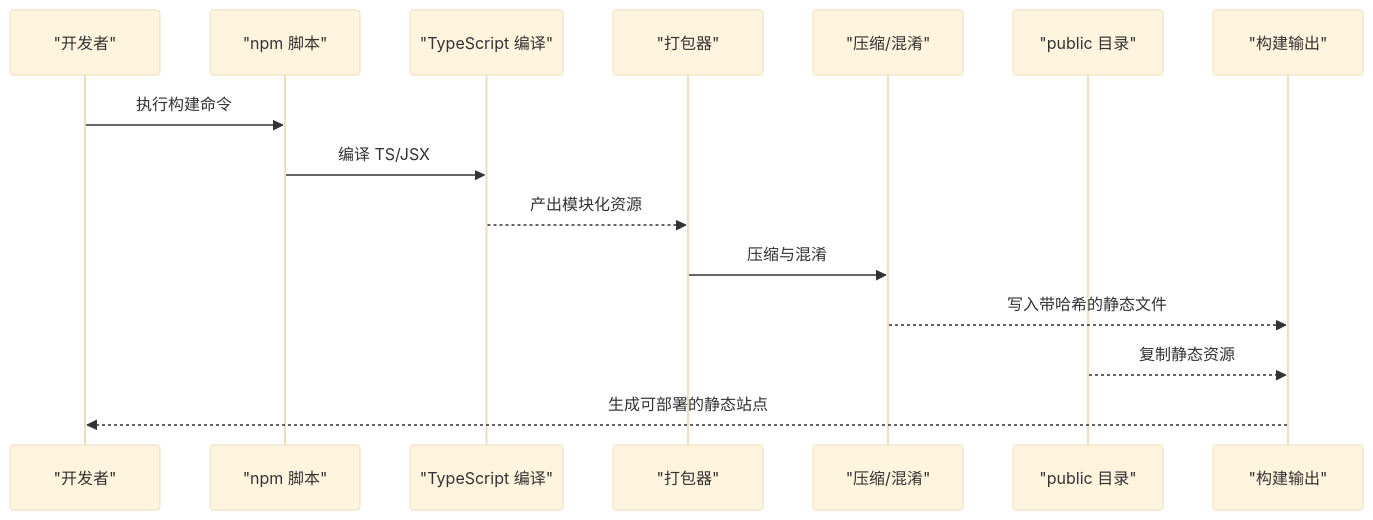
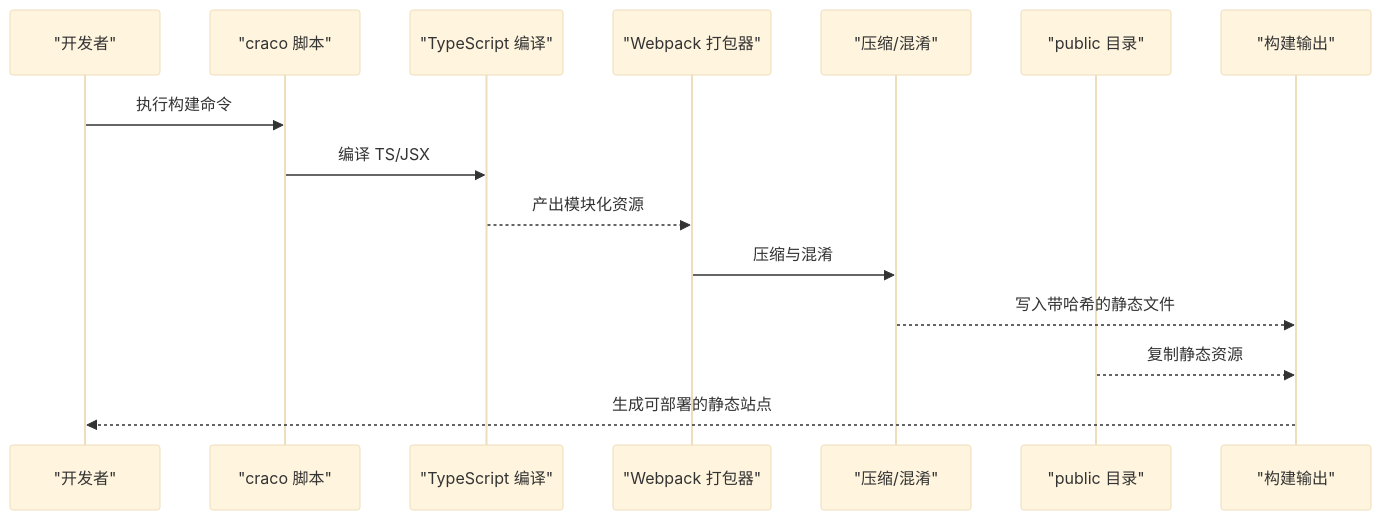
Before and after one commit to kkxxll/reactNext: the third of 4 diagrams in .qoder/repowiki/zh/content/构建与部署.md, drawn with Mermaid (base theme). The commit also changed other lines of this file and 12 other files, not shown here.

````diff
--- a/.qoder/repowiki/zh/content/构建与部署.md
+++ b/.qoder/repowiki/zh/content/构建与部署.md
@@ -140,17 +184,17 @@
 ```mermaid
 sequenceDiagram
 participant Dev as "开发者"
-participant NPM as "npm 脚本"
+participant Craco as "craco 脚本"
 participant TS as "TypeScript 编译"
-participant Bundle as "打包器"
+participant Bundle as "Webpack 打包器"
 participant Min as "压缩/混淆"
 participant Pub as "public 目录"
 participant Out as "构建输出"
-Dev->>NPM : 执行构建命令
-NPM->>TS : 编译 TS/JSX
+Dev->>Craco : 执行构建命令
+Craco->>TS : 编译 TS/JSX
 TS-->>Bundle : 产出模块化资源
 Bundle->>Min : 压缩与混淆
 Min-->>Out : 写入带哈希的静态文件
 Pub-->>Out : 复制静态资源
 Out-->>Dev : 生成可部署的静态站点
 ```
````
